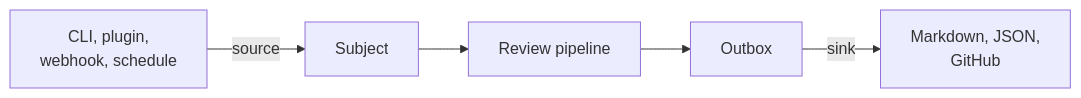
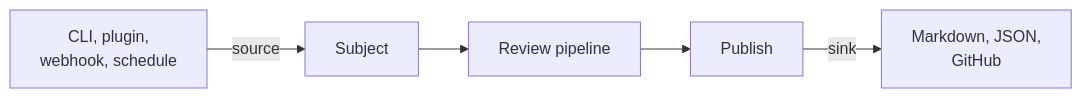
Before and after one commit to Pleasurecruise/eyeful: the second of 2 diagrams in docs/ARCHITECTURE.md, drawn with Mermaid. The commit also changed other lines of this file and 59 other files, not shown here.

````diff
--- a/docs/ARCHITECTURE.md
+++ b/docs/ARCHITECTURE.md
@@ -109,7 +109,7 @@
 ```mermaid
 flowchart LR
     producers["CLI, plugin,<br/>webhook, schedule"] -->|source| subject["Subject"]
     subject --> pipeline["Review pipeline"]
-    pipeline --> outbox["Outbox"]
-    outbox -->|sink| consumers["Markdown, JSON,<br/>GitHub"]
+    pipeline --> publish["Publish"]
+    publish -->|sink| consumers["Markdown, JSON,<br/>GitHub"]
 ```
````
